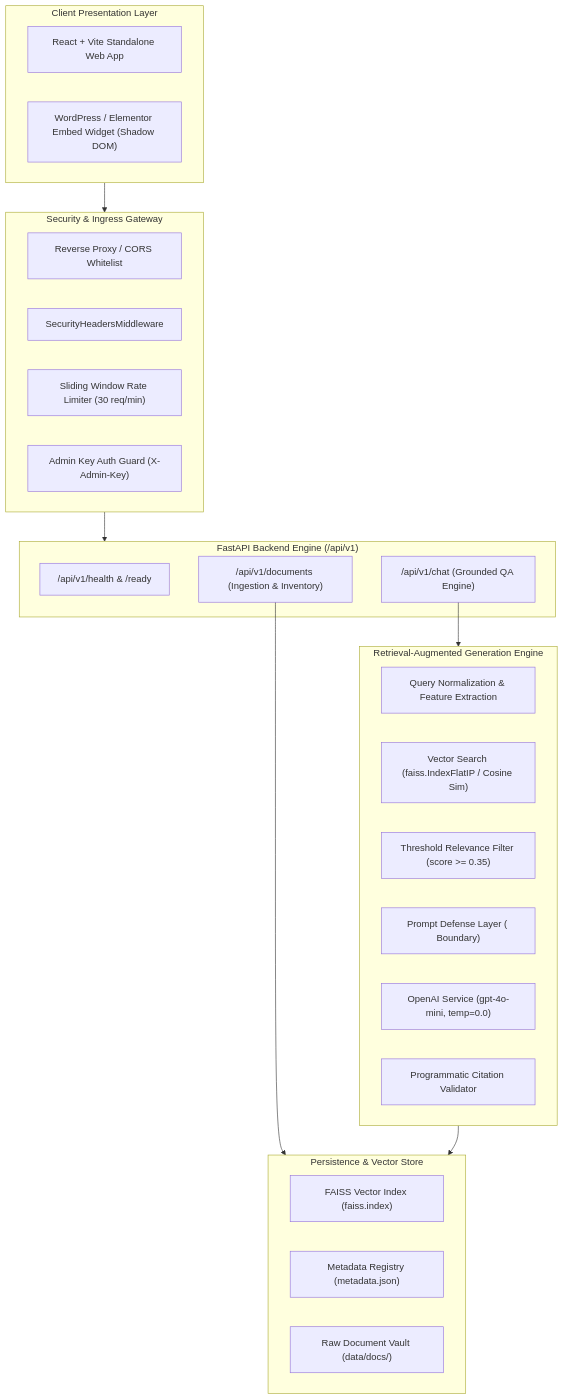
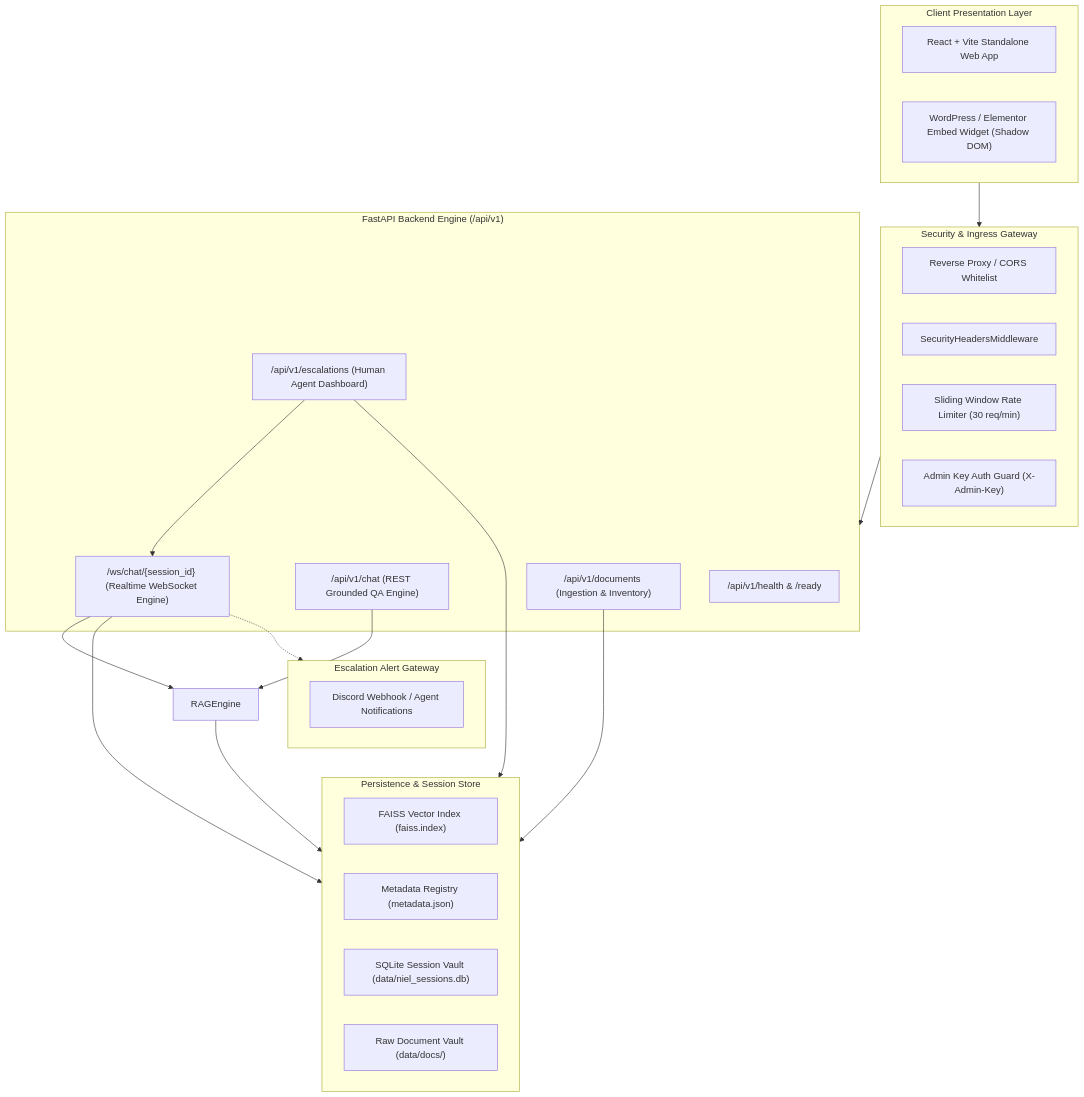
Before and after one commit to GauriG05/niel-industrial-ai: the diagram in docs/architecture.md, drawn with Mermaid. The commit also changed other lines of this file and 33 other files, not shown here.

Commit message:
feat: add multi-turn memory, realtime websocket, human escalation, and production deployment configuration

````diff
--- a/docs/architecture.md
+++ b/docs/architecture.md
@@ -3,41 +3,44 @@
 ```mermaid
 flowchart TD
     subgraph Client ["Client Presentation Layer"]
         A1["React + Vite Standalone Web App"]
         A2["WordPress / Elementor Embed Widget (Shadow DOM)"]
     end
 
     subgraph SecurityGateway ["Security & Ingress Gateway"]
         B1["Reverse Proxy / CORS Whitelist"]
         B2["SecurityHeadersMiddleware"]
         B3["Sliding Window Rate Limiter (30 req/min)"]
         B4["Admin Key Auth Guard (X-Admin-Key)"]
     end
 
     subgraph BackendCore ["FastAPI Backend Engine (/api/v1)"]
         C1["/api/v1/health & /ready"]
-        C2["/api/v1/chat (Grounded QA Engine)"]
-        C3["/api/v1/documents (Ingestion & Inventory)"]
+        C2["/api/v1/chat (REST Grounded QA Engine)"]
+        C3["/ws/chat/{session_id} (Realtime WebSocket Engine)"]
+        C4["/api/v1/escalations (Human Agent Dashboard)"]
+        C5["/api/v1/documents (Ingestion & Inventory)"]
     end
 
-    subgraph RAGEngine ["Retrieval-Augmented Generation Engine"]
-        D1["Query Normalization & Feature Extraction"]
-        D2["Vector Search (faiss.IndexFlatIP / Cosine Sim)"]
-        D3["Threshold Relevance Filter (score >= 0.35)"]
-        D4["Prompt Defense Layer (<EVIDENCE> Boundary)"]
-        D5["OpenAI Service (gpt-4o-mini, temp=0.0)"]
-        D6["Programmatic Citation Validator"]
+    subgraph PersistenceLayer ["Persistence & Session Store"]
+        E1["FAISS Vector Index (faiss.index)"]
+        E2["Metadata Registry (metadata.json)"]
+        E3["SQLite Session Vault (data/niel_sessions.db)"]
+        E4["Raw Document Vault (data/docs/)"]
     end
 
-    subgraph StorageLayer ["Persistence & Vector Store"]
-        E1["FAISS Vector Index (faiss.index)"]
-        E2["Metadata Registry (metadata.json)"]
-        E3["Raw Document Vault (data/docs/)"]
+    subgraph EscalationChannel ["Escalation Alert Gateway"]
+        F1["Discord Webhook / Agent Notifications"]
     end
 
     Client --> SecurityGateway
     SecurityGateway --> BackendCore
     C2 --> RAGEngine
-    C3 --> StorageLayer
-    RAGEngine --> StorageLayer
+    C3 --> RAGEngine
+    C3 --> PersistenceLayer
+    C4 --> PersistenceLayer
+    C4 --> C3
+    C3 -.-> EscalationChannel
+    C5 --> PersistenceLayer
+    RAGEngine --> PersistenceLayer
 ```
````
